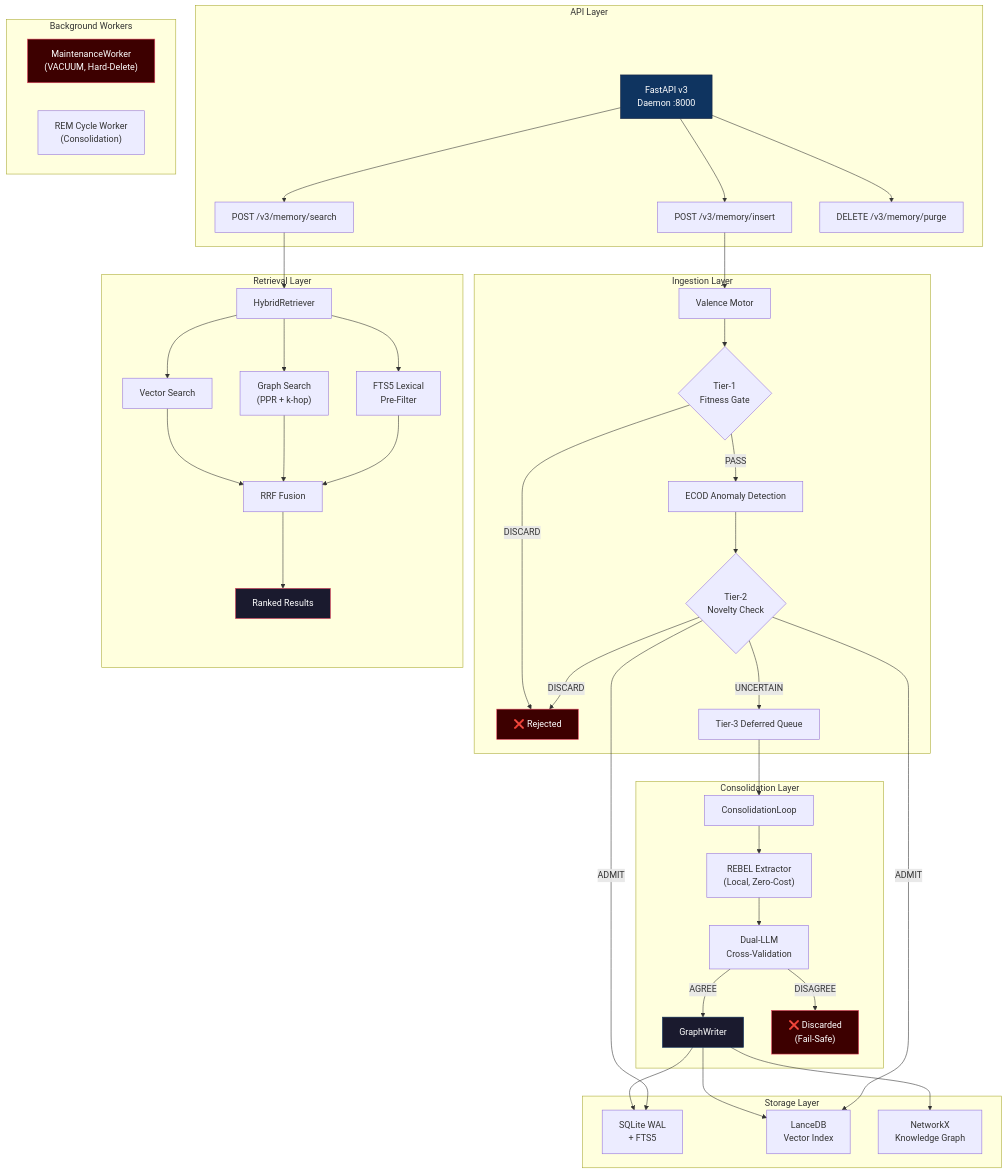
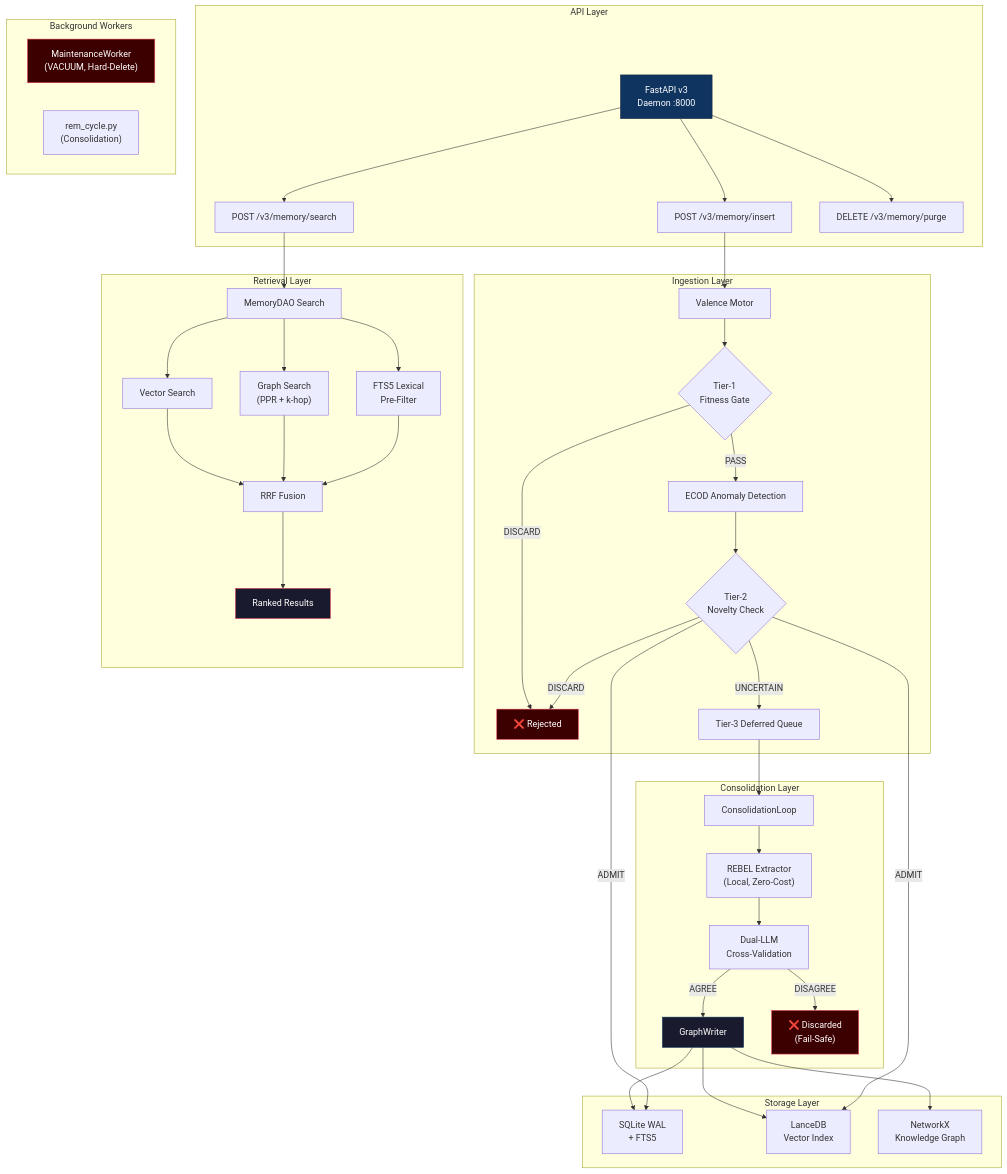
One commit to Yasou13/MESA changed the diagram in README.md. Above: the diagram before and after it, drawn with Mermaid. The commit also changed other lines of this file and 18 other files, not shown here.

````diff
--- a/README.md
+++ b/README.md
@@ -35,58 +35,58 @@
 ```mermaid
 graph TB
     subgraph "API Layer"
         T["FastAPI v3<br/>Daemon :8000"] --> INS["POST /v3/memory/insert"]
         T --> SCH["POST /v3/memory/search"]
         T --> PRG["DELETE /v3/memory/purge"]
     end
 
     subgraph "Ingestion Layer"
         INS --> B["Valence Motor"]
         B --> C{"Tier-1<br/>Fitness Gate"}
         C -->|DISCARD| X1["❌ Rejected"]
         C -->|PASS| D["ECOD Anomaly Detection"]
         D --> E{"Tier-2<br/>Novelty Check"}
         E -->|DISCARD| X1
         E -->|UNCERTAIN| F["Tier-3 Deferred Queue"]
     end
 
     subgraph "Consolidation Layer"
         F --> G["ConsolidationLoop"]
         G --> H["REBEL Extractor<br/>(Local, Zero-Cost)"]
         H --> I["Dual-LLM<br/>Cross-Validation"]
         I -->|AGREE| J["GraphWriter"]
         I -->|DISAGREE| X2["❌ Discarded<br/>(Fail-Safe)"]
     end
 
     subgraph "Storage Layer"
         J --> K["SQLite WAL<br/>+ FTS5"]
         J --> L["LanceDB<br/>Vector Index"]
         J --> M["NetworkX<br/>Knowledge Graph"]
     end
 
     subgraph "Retrieval Layer"
-        SCH --> O["HybridRetriever"]
+        SCH --> O["MemoryDAO Search"]
         O --> P["Vector Search"]
         O --> Q["Graph Search<br/>(PPR + k-hop)"]
         O --> R["FTS5 Lexical<br/>Pre-Filter"]
         P --> S["RRF Fusion"]
         Q --> S
         R --> S
         S --> RES["Ranked Results"]
     end
 
     subgraph "Background Workers"
         MW["MaintenanceWorker<br/>(VACUUM, Hard-Delete)"]
-        REM["REM Cycle Worker<br/>(Consolidation)"]
+        REM["rem_cycle.py<br/>(Consolidation)"]
     end
 
     E -->|ADMIT| K
     E -->|ADMIT| L
 
     style T fill:#0f3460,stroke:#16213e,color:#fff
     style J fill:#1a1a2e,stroke:#0f3460,color:#fff
     style RES fill:#1a1a2e,stroke:#e94560,color:#fff
     style X1 fill:#3d0000,stroke:#e94560,color:#fff
     style X2 fill:#3d0000,stroke:#e94560,color:#fff
     style MW fill:#3d0000,stroke:#e94560,color:#fff
 ```
````
